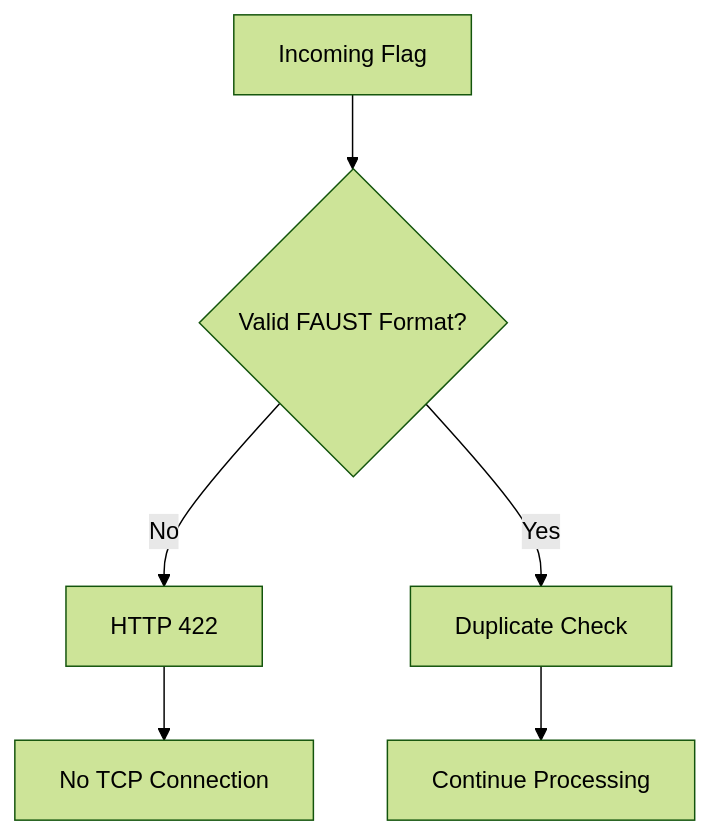
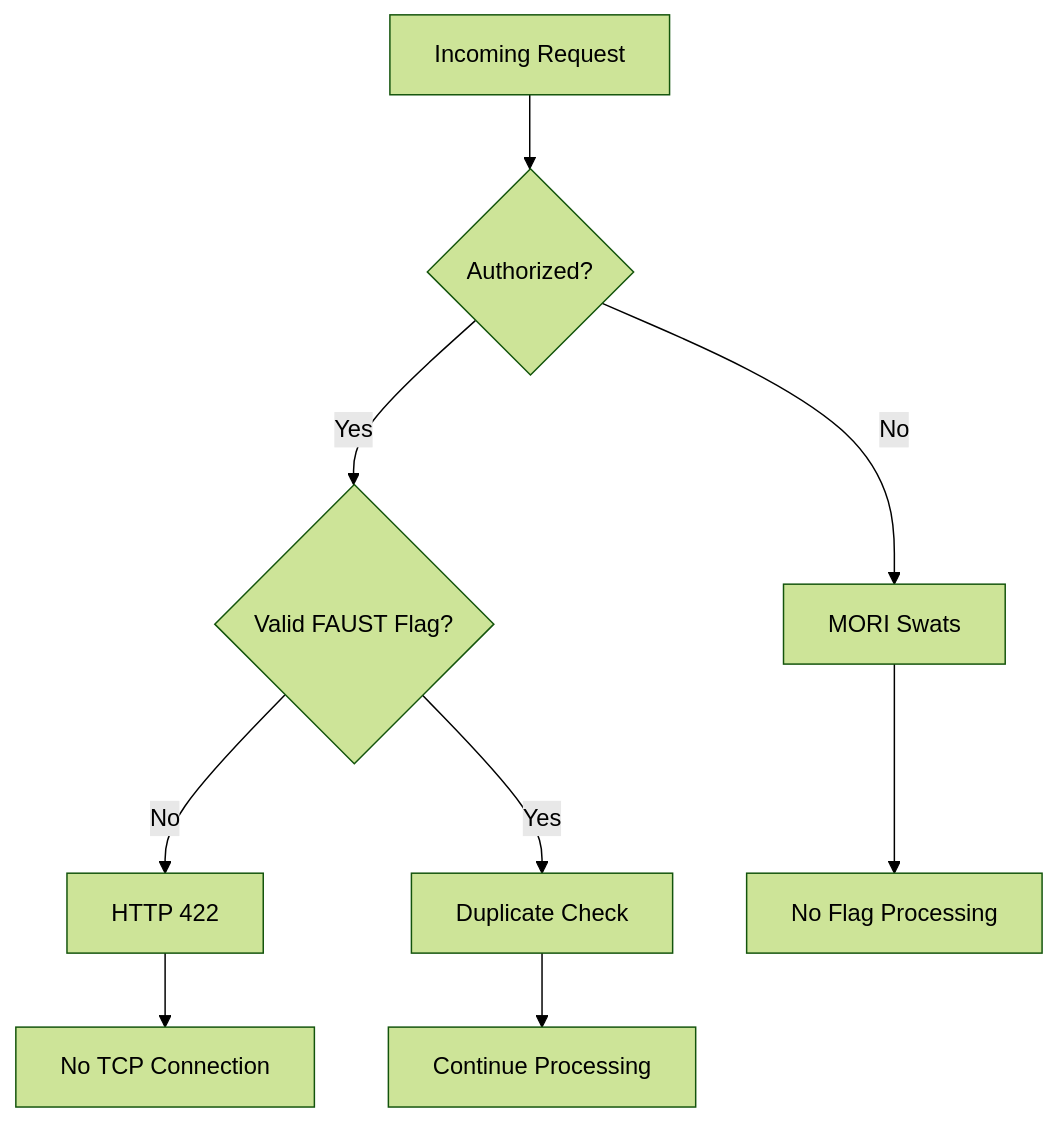
The fifth of 14 diagrams in README.md (Denis-Krueger-labs/MOTH), drawn with Mermaid (forest theme) before and after one commit. The commit also changed other lines of this file, not shown here.

Commit message:
mori redacted the floor plan

````diff
--- a/README.md
+++ b/README.md
@@ -209,10 +356,14 @@
 ```mermaid
 flowchart TD
-    A[Incoming Flag] --> B{Valid FAUST Format?}
+    A[Incoming Request] --> B{Authorized?}
 
-    B -->|No| C[HTTP 422]
-    B -->|Yes| D[Duplicate Check]
+    B -->|No| C[MORI Swats]
+    B -->|Yes| D{Valid FAUST Flag?}
 
-    C --> E[No TCP Connection]
-    D --> F[Continue Processing]
+    D -->|No| E[HTTP 422]
+    D -->|Yes| F[Duplicate Check]
+
+    C --> G[No Flag Processing]
+    E --> H[No TCP Connection]
+    F --> I[Continue Processing]
 ```
````
